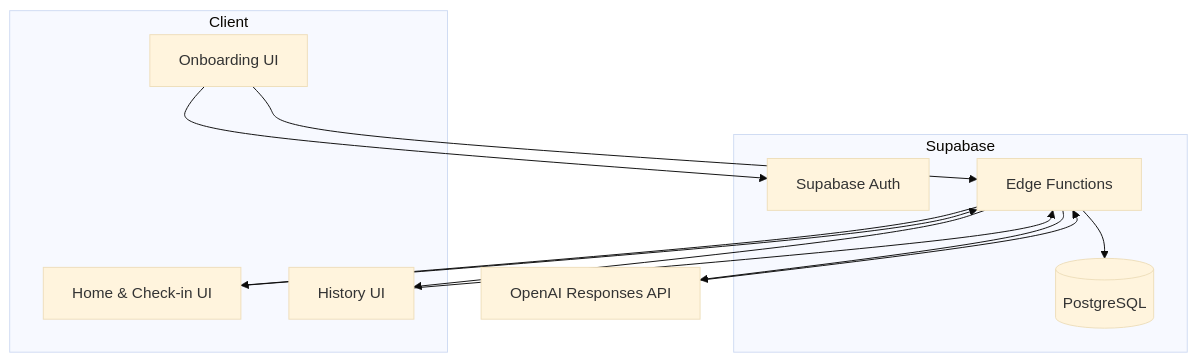
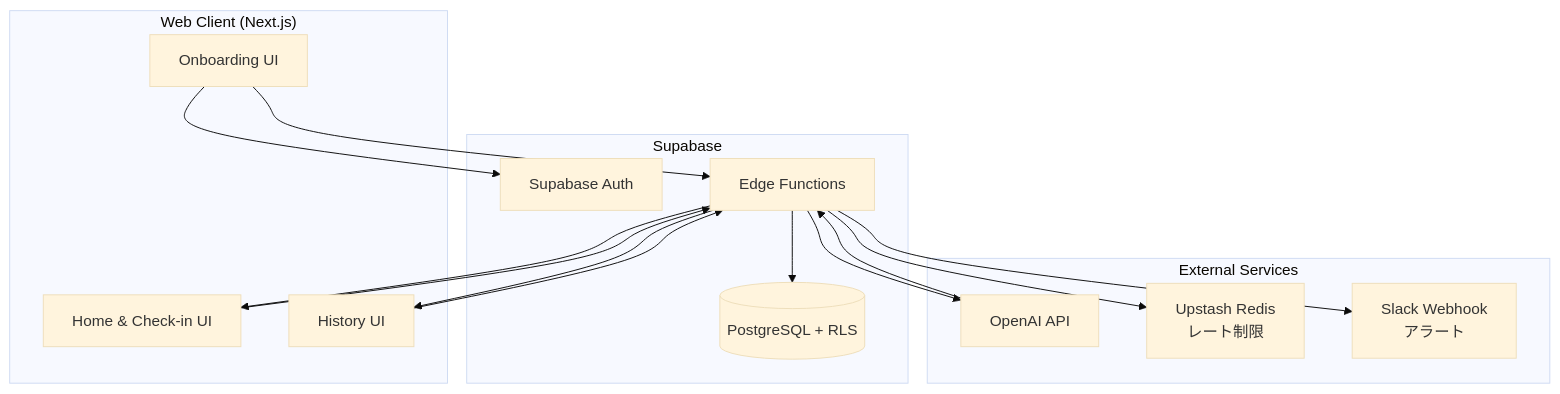
The first of 5 diagrams in docs/design/architecture_overview.md (k-naruse3209/trait-flow-mvp), drawn with Mermaid (base theme) before and after one commit. The commit also changed other lines of this file and 5 other files, not shown here.

````diff
--- a/docs/design/architecture_overview.md
+++ b/docs/design/architecture_overview.md
@@ -21,24 +26,30 @@
 ```mermaid
 flowchart TD
-  subgraph Client
+  subgraph Client["Web Client (Next.js)"]
     Onboard[Onboarding UI]
     Home[Home & Check-in UI]
     History[History UI]
   end
-  subgraph Supabase
+  subgraph Supabase["Supabase"]
     Auth[Supabase Auth]
     Edge[Edge Functions]
-    DB[(PostgreSQL)]
+    DB[(PostgreSQL + RLS)]
   end
-  OpenAI[OpenAI Responses API]
+  subgraph External["External Services"]
+    OpenAI[OpenAI API]
+    Redis[Upstash Redis<br/>レート制限]
+    Slack[Slack Webhook<br/>アラート]
+  end
 
   Onboard --> Auth
   Onboard --> Edge
   Edge --> DB
   Home --> Edge
+  Edge --> Redis
   Edge --> OpenAI
   OpenAI --> Edge
+  Edge --> Slack
   Edge --> Home
   History --> Edge
   Edge --> History
 ```
````
